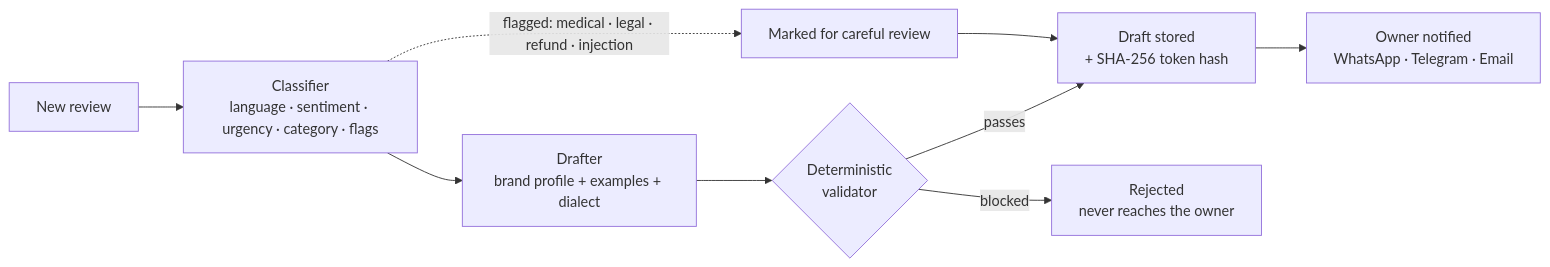
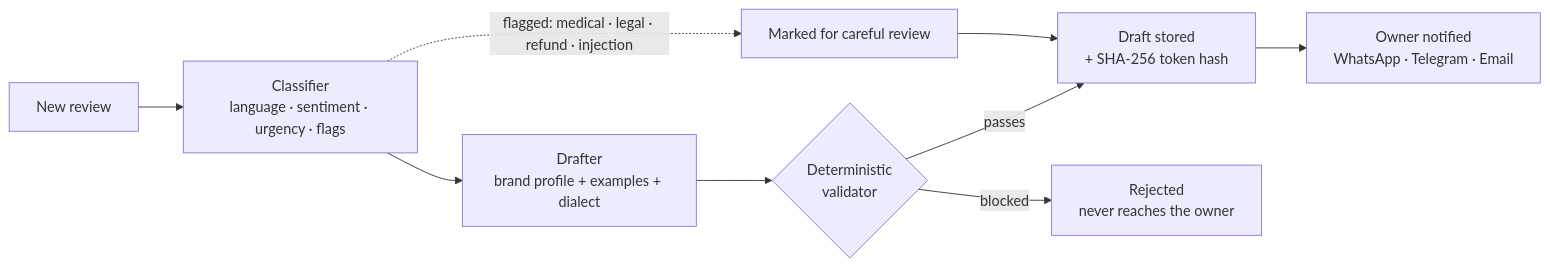
The second of 6 diagrams in README.md (mo74x/radd), drawn with Mermaid before and after one commit. The commit also changed other lines of this file and 47 other files, not shown here.

````diff
--- a/README.md
+++ b/README.md
@@ -107,11 +110,11 @@
 ```mermaid
 flowchart LR
-    A[New review] --> B[Classifier<br/>language · sentiment · urgency · category · flags]
-    B --> C[Drafter<br/>brand profile + examples + dialect]
-    C --> D{Deterministic<br/>validator}
-    D -- passes --> E[Draft stored<br/>+ SHA-256 token hash]
-    D -- blocked --> F[Rejected<br/>never reaches the owner]
-    E --> G[Owner notified<br/>WhatsApp · Telegram · Email]
-    B -. flagged: medical · legal · refund · injection .-> H[Marked for careful review]
+    A["New review"] --> B["Classifier<br/>language · sentiment · urgency · flags"]
+    B --> C["Drafter<br/>brand profile + examples + dialect"]
+    C --> D{"Deterministic<br/>validator"}
+    D -- passes --> E["Draft stored<br/>+ SHA-256 token hash"]
+    D -- blocked --> F["Rejected<br/>never reaches the owner"]
+    E --> G["Owner notified<br/>WhatsApp · Telegram · Email"]
+    B -. "flagged: medical · legal · refund · injection" .-> H["Marked for careful review"]
     H --> E
 ```
````
